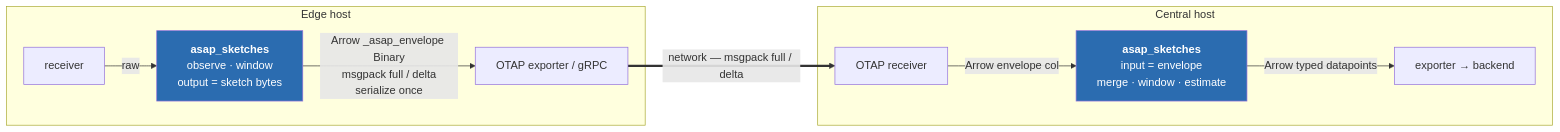
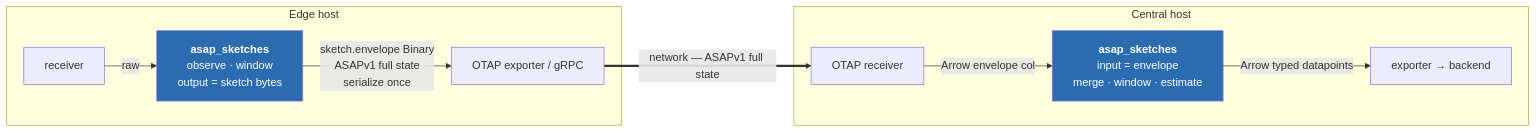
Before and after one commit to ProjectASAP/ASAPCollector-public: the second of 3 diagrams in docs/df-processor-topology.md, drawn with Mermaid. The commit also changed other lines of this file and 60 other files, not shown here.

First line of the commit message:
Remove legacy code; serialize every sketch as ASAPv1 only (#23)

````diff
--- a/docs/df-processor-topology.md
+++ b/docs/df-processor-topology.md
@@ -46,14 +46,14 @@
 ```mermaid
 flowchart LR
   subgraph EDGE["Edge host"]
     R1["receiver"] -->|"raw"| P1["<b>asap_sketches</b><br/>observe · window<br/>output = sketch bytes"]
-    P1 -->|"Arrow _asap_envelope Binary<br/>msgpack full / delta<br/>serialize once"| E1["OTAP exporter / gRPC"]
+    P1 -->|"sketch.envelope Binary<br/>ASAPv1 full state<br/>serialize once"| E1["OTAP exporter / gRPC"]
   end
   subgraph CENTRAL["Central host"]
     R2["OTAP receiver"] -->|"Arrow envelope col"| P2["<b>asap_sketches</b><br/>input = envelope<br/>merge · window · estimate"]
     P2 -->|"Arrow typed datapoints"| X2["exporter → backend"]
   end
-  E1 ==>|"network — msgpack full / delta"| R2
+  E1 ==>|"network — ASAPv1 full state"| R2
   style P1 fill:#2b6cb0,color:#fff
   style P2 fill:#2b6cb0,color:#fff
 ```
````
